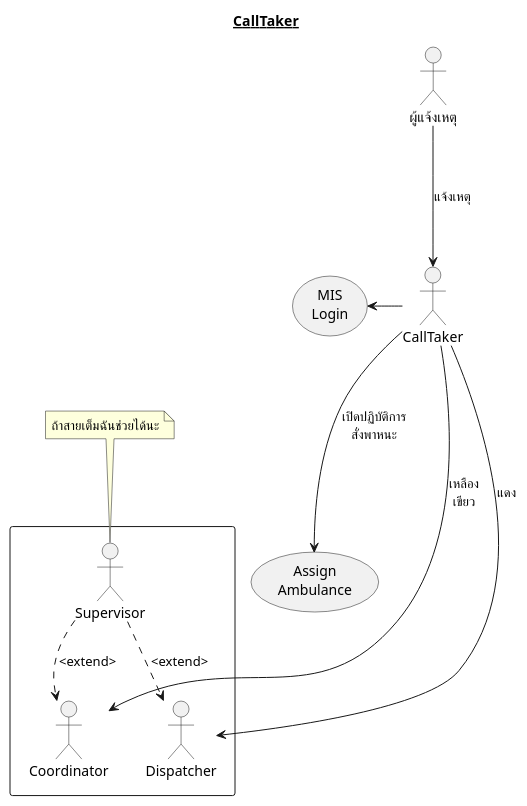
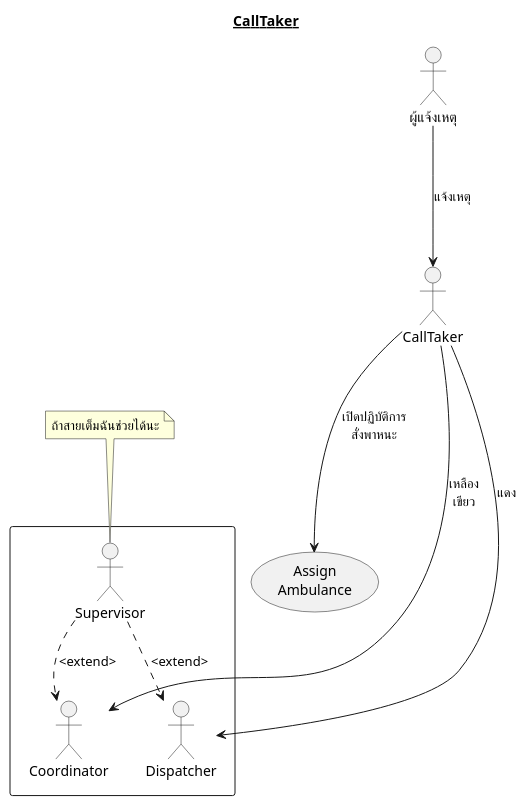
The diagram in uml/scenario_CallTaker.plantuml (lionants02/mis-api-doc), drawn with PlantUML before and after one commit. The commit also changed 14 other files, not shown here.

Commit message:
update diagram

```diff
--- a/uml/scenario_CallTaker.plantuml
+++ b/uml/scenario_CallTaker.plantuml
@@ -1,22 +1,20 @@
 @startuml
 Title __CallTaker__
   rectangle {
     :Supervisor: as Supervisor
     :Coordinator: as Coordinator
     :Dispatcher: as Dispatcher
   }
   :CallTaker: as CallTaker
   Supervisor ..> Coordinator :<extend>
   Supervisor ..> Dispatcher :<extend>
   note top of Supervisor : ถ้าสายเต็มฉันช่วยได้นะ
 
   :ผู้แจ้งเหตุ: as User
   usecase (Assign\nAmbulance) as AssignAmbulance
-  usecase (MIS\nLogin) as MISLogin
 
   User ---> CallTaker : แจ้งเหตุ
-  CallTaker -left-> MISLogin
   CallTaker ---> AssignAmbulance : เปิดปฏิบัติการ\nสั่งพาหนะ
   CallTaker ----> Coordinator : เหลือง\nเขียว
   CallTaker ----> Dispatcher : แดง
 @enduml
```
